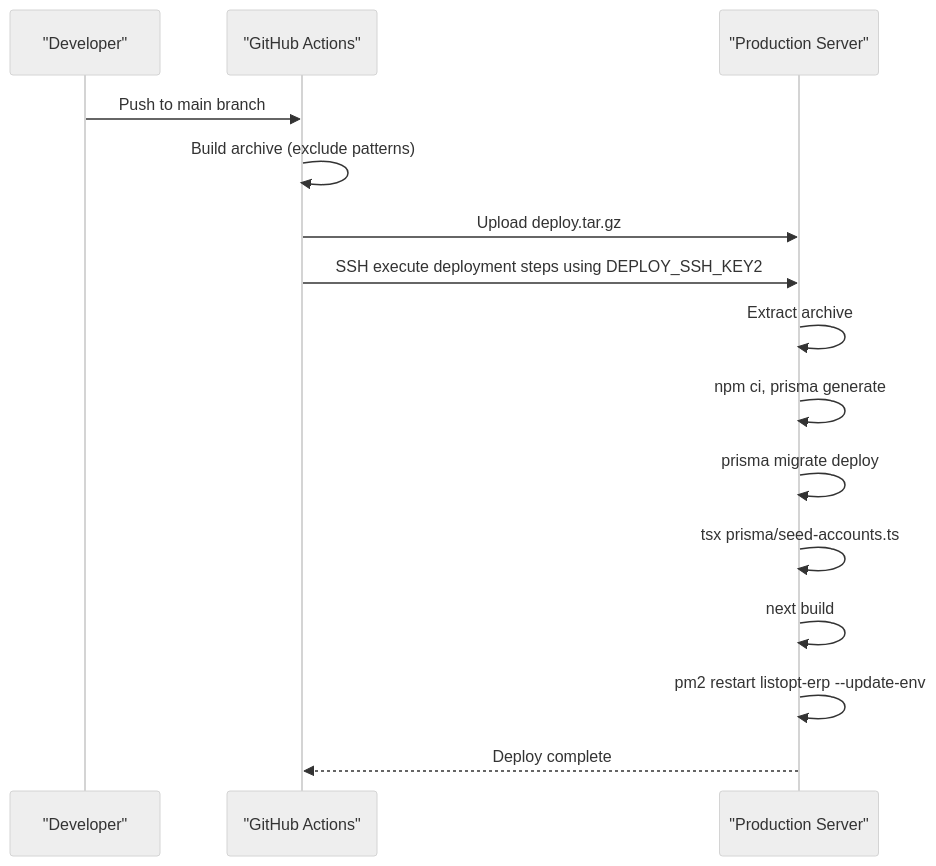
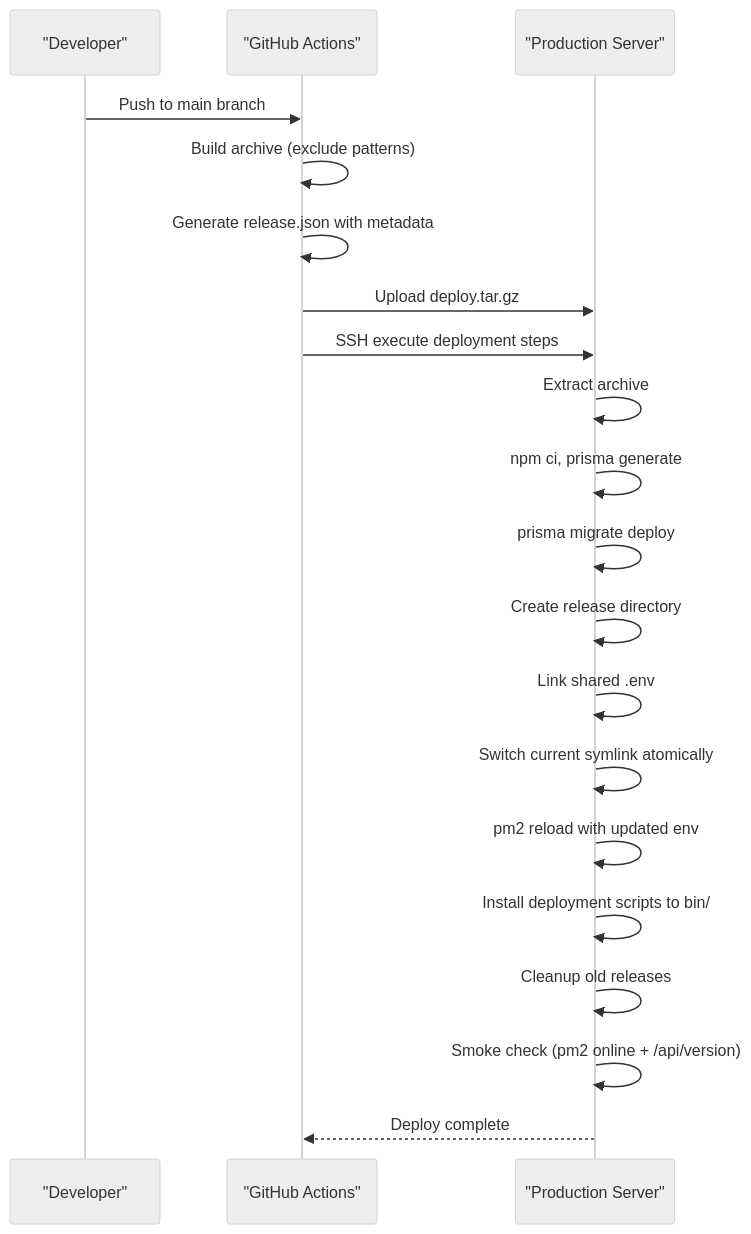
Before and after one commit to nzey11/erp-new: the fifth of 9 diagrams in .qoder/repowiki/en/content/Deployment & Operations.md, drawn with Mermaid (neutral theme). The commit also changed other lines of this file and 46 other files, not shown here.

````diff
--- a/.qoder/repowiki/en/content/Deployment & Operations.md
+++ b/.qoder/repowiki/en/content/Deployment & Operations.md
@@ -225,17 +275,22 @@
 ```mermaid
 sequenceDiagram
 participant Dev as "Developer"
 participant GH as "GitHub Actions"
 participant Srv as "Production Server"
 Dev->>GH : Push to main branch
 GH->>GH : Build archive (exclude patterns)
+GH->>GH : Generate release.json with metadata
 GH->>Srv : Upload deploy.tar.gz
-GH->>Srv : SSH execute deployment steps using DEPLOY_SSH_KEY2
+GH->>Srv : SSH execute deployment steps
 Srv->>Srv : Extract archive
 Srv->>Srv : npm ci, prisma generate
 Srv->>Srv : prisma migrate deploy
-Srv->>Srv : tsx prisma/seed-accounts.ts
-Srv->>Srv : next build
-Srv->>Srv : pm2 restart listopt-erp --update-env
+Srv->>Srv : Create release directory
+Srv->>Srv : Link shared .env
+Srv->>Srv : Switch current symlink atomically
+Srv->>Srv : pm2 reload with updated env
+Srv->>Srv : Install deployment scripts to bin/
+Srv->>Srv : Cleanup old releases
+Srv->>Srv : Smoke check (pm2 online + /api/version)
 Srv-->>GH : Deploy complete
 ```
````
